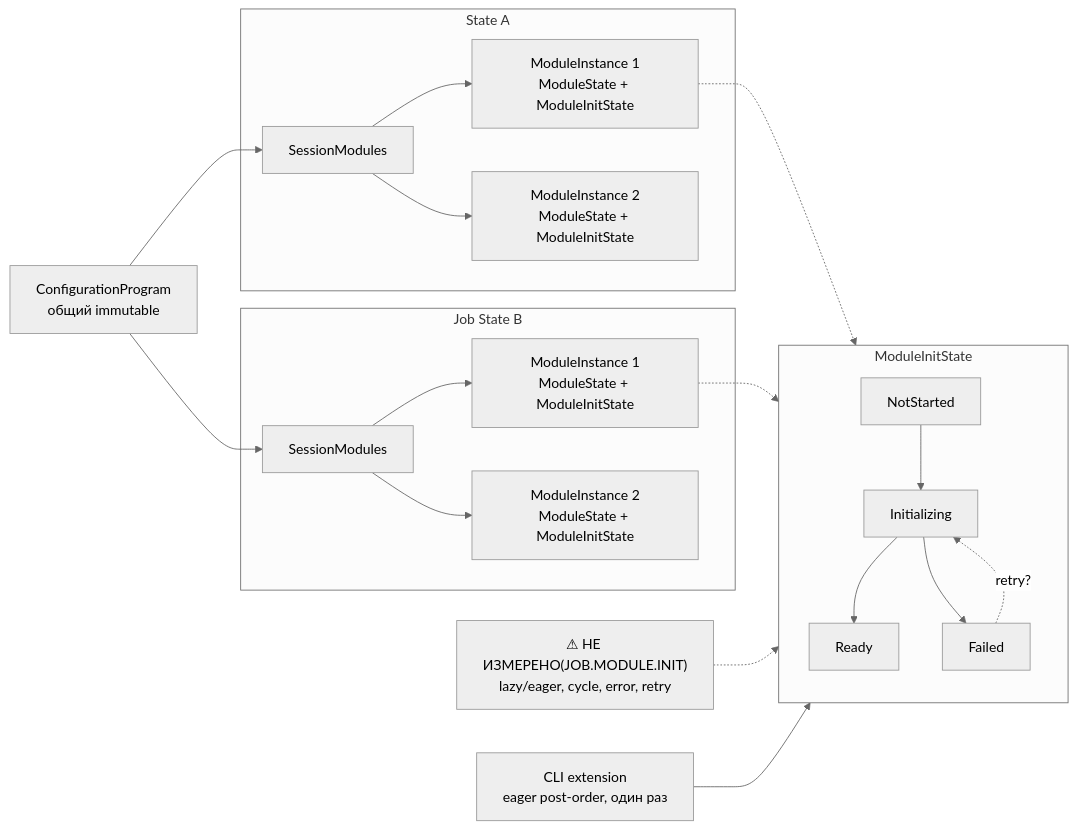
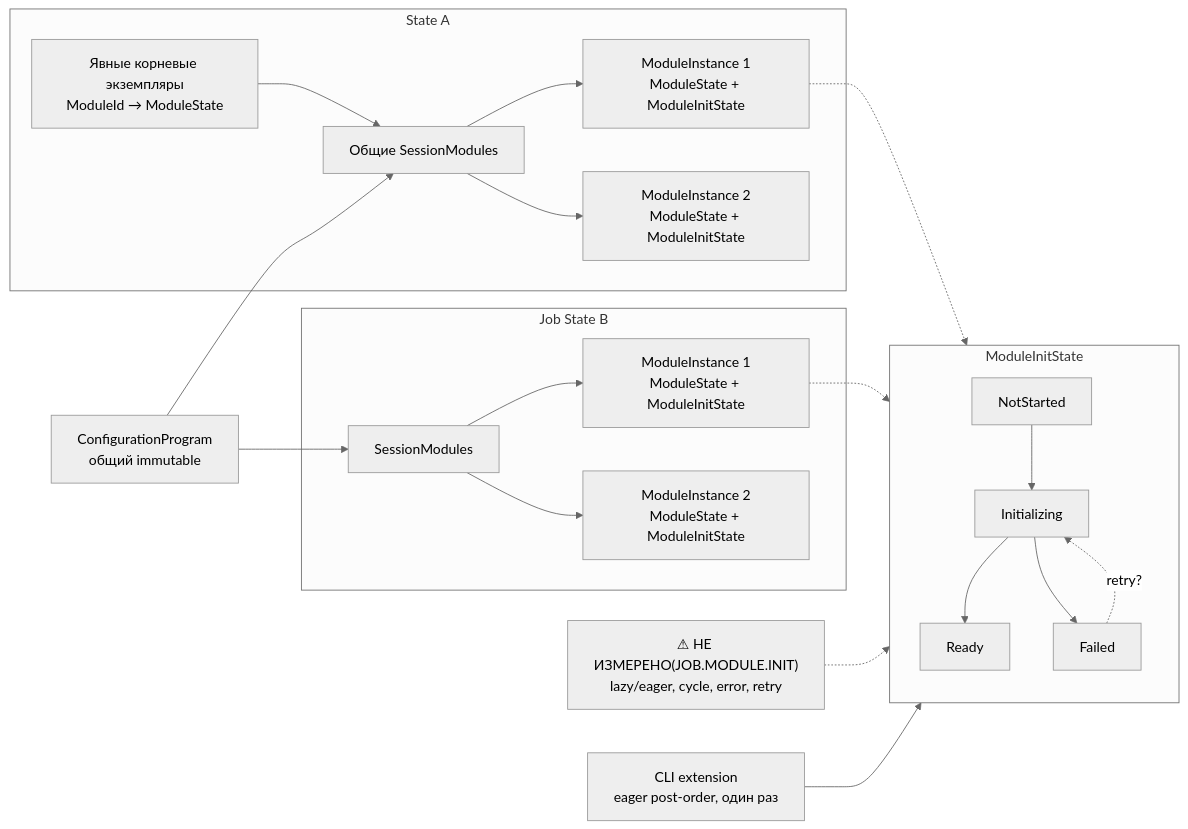
One commit to dobpilot/open-bsl changed the seventh of 21 diagrams in docs/architecture/component-architecture.md. Above: the diagram before and after it, drawn with Mermaid (neutral theme). The commit also changed other lines of this file and 12 other files, not shown here.

````diff
--- a/docs/architecture/component-architecture.md
+++ b/docs/architecture/component-architecture.md
@@ -365,34 +365,36 @@
 ```mermaid
 flowchart LR
     catalog["ConfigurationProgram<br/>общий immutable"]
 
     subgraph state_a["State A"]
-        sessions_a["SessionModules"]
+        roots_a["Явные корневые экземпляры<br/>ModuleId → ModuleState"]
+        sessions_a["Общие SessionModules"]
         a1["ModuleInstance 1<br/>ModuleState + ModuleInitState"]
         a2["ModuleInstance 2<br/>ModuleState + ModuleInitState"]
+        roots_a --> sessions_a
         sessions_a --> a1
         sessions_a --> a2
     end
 
     subgraph state_b["Job State B"]
         sessions_b["SessionModules"]
         b1["ModuleInstance 1<br/>ModuleState + ModuleInitState"]
         b2["ModuleInstance 2<br/>ModuleState + ModuleInitState"]
         sessions_b --> b1
         sessions_b --> b2
     end
 
     subgraph init["ModuleInitState"]
         not_started["NotStarted"] --> initializing["Initializing"]
         initializing --> ready["Ready"]
         initializing --> failed["Failed"]
         failed -.->|"retry?"| initializing
     end
 
     catalog --> sessions_a
     catalog --> sessions_b
     a1 -.-> init
     b1 -.-> init
     trigger["⚠ НЕ ИЗМЕРЕНО(JOB.MODULE.INIT)<br/>lazy/eager, cycle, error, retry"] -.-> init
     cli_init["CLI extension<br/>eager post-order, один раз"] --> init
 ```
````
